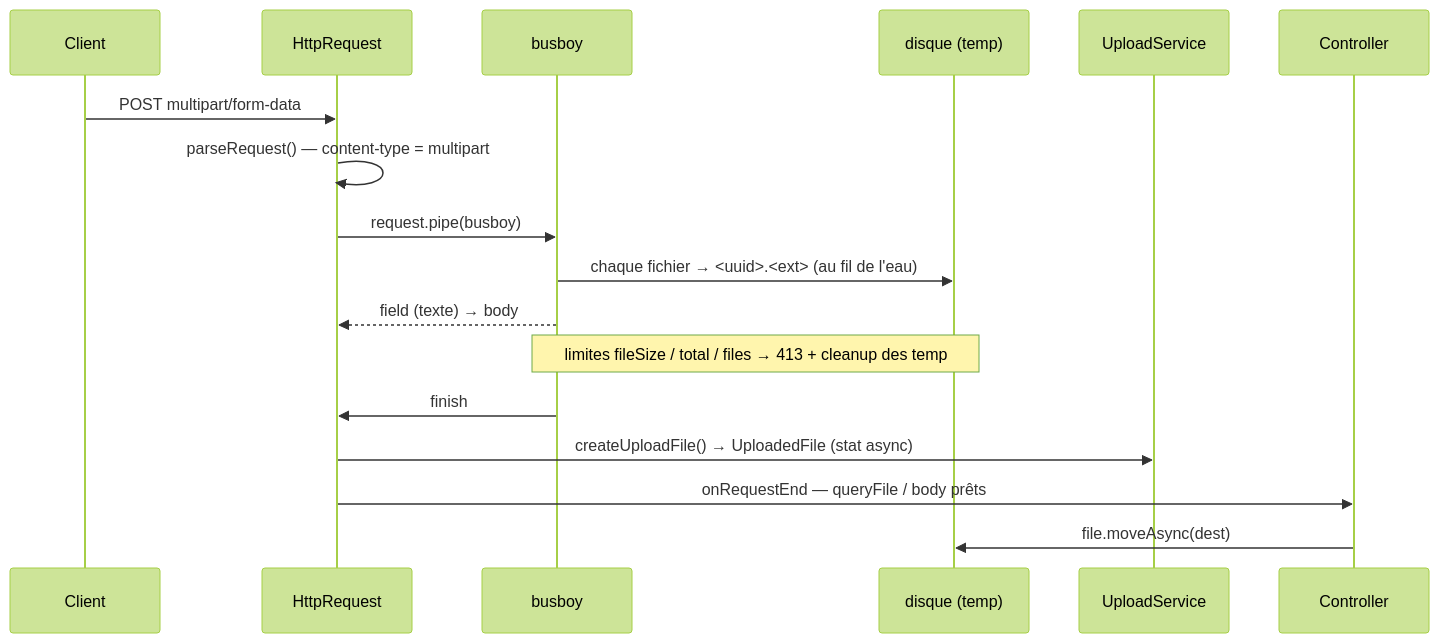
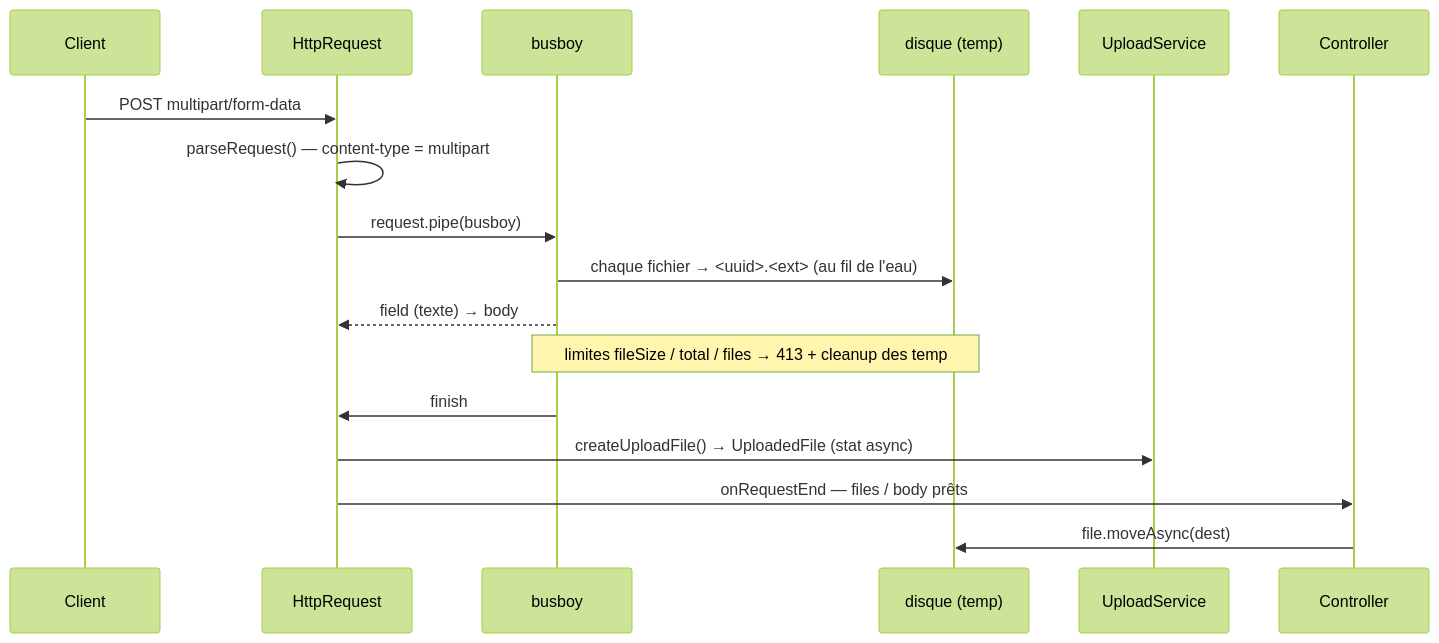
One commit to nodefony/nodefony-core changed the second of 2 diagrams in src/packages/@nodefony/http/docs/upload.md. Above: the diagram before and after it, drawn with Mermaid (forest theme). The commit also changed other lines of this file and 20 other files, not shown here.

````diff
--- a/src/packages/@nodefony/http/docs/upload.md
+++ b/src/packages/@nodefony/http/docs/upload.md
@@ -236,19 +236,19 @@
 ```mermaid
 sequenceDiagram
   participant C as Client
   participant R as HttpRequest
   participant B as busboy
   participant D as disque (temp)
   participant U as UploadService
   participant Ctrl as Controller
   C->>R: POST multipart/form-data
   R->>R: parseRequest() — content-type = multipart
   R->>B: request.pipe(busboy)
   B->>D: chaque fichier → <uuid>.<ext> (au fil de l'eau)
   B-->>R: field (texte) → body
   Note over B,D: limites fileSize / total / files → 413 + cleanup des temp
   B->>R: finish
   R->>U: createUploadFile() → UploadedFile (stat async)
-  R->>Ctrl: onRequestEnd — queryFile / body prêts
+  R->>Ctrl: onRequestEnd — files / body prêts
   Ctrl->>D: file.moveAsync(dest)
 ```
````
